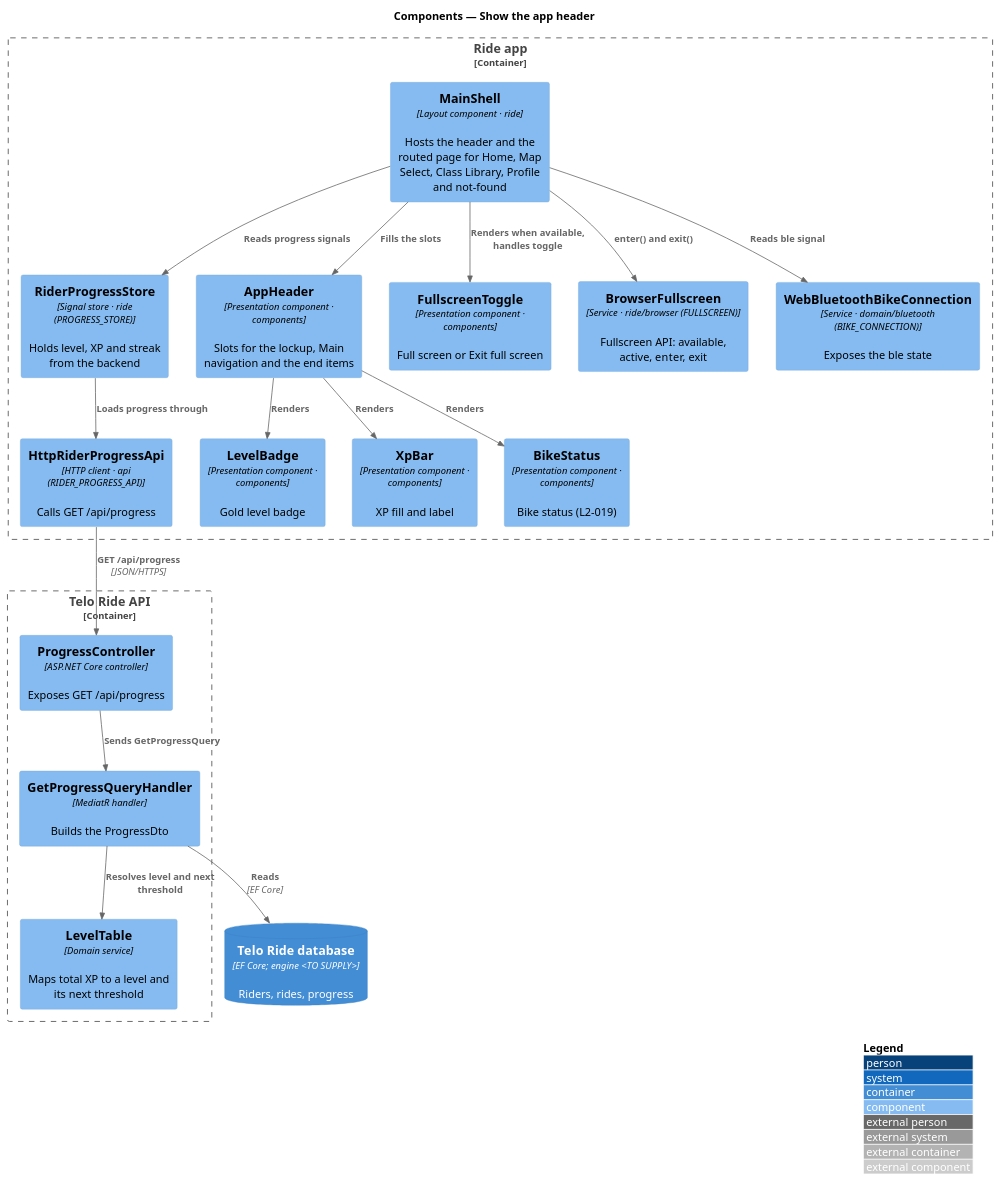
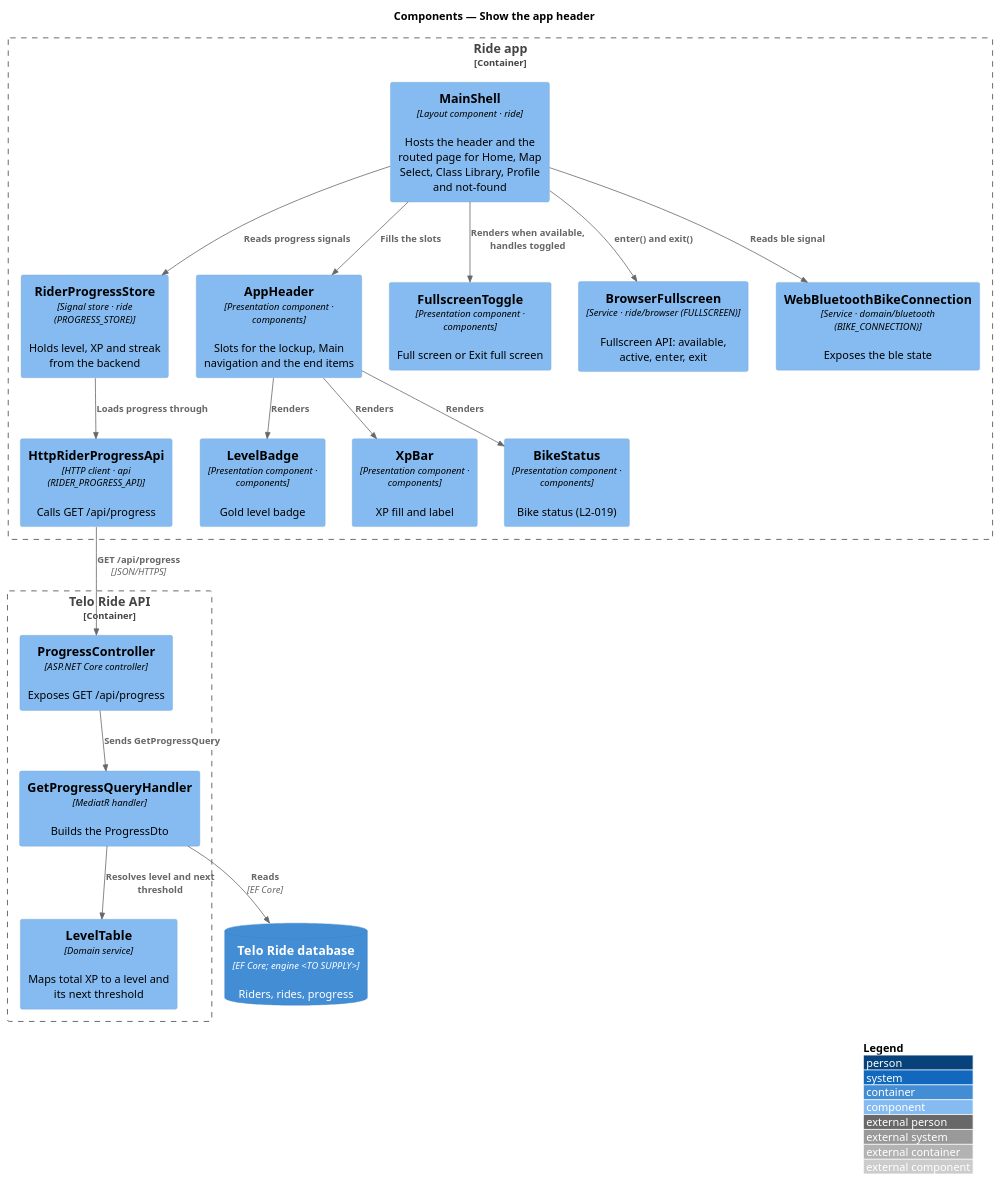
The diagram in docs/detailed-designs/home/show-the-app-header/diagrams/c4-component.puml (QuinntyneBrown/ride-one), drawn with PlantUML before and after one commit. The commit also changed 27 other files, not shown here.

```diff
--- a/docs/detailed-designs/home/show-the-app-header/diagrams/c4-component.puml
+++ b/docs/detailed-designs/home/show-the-app-header/diagrams/c4-component.puml
@@ -1,38 +1,38 @@
 @startuml
 !include <C4/C4_Component>
 LAYOUT_WITH_LEGEND()
 title Components — Show the app header
 
 Container_Boundary(app, "Ride app") {
   Component(shell, "MainShell", "Layout component · ride", "Hosts the header and the routed page for Home, Map Select, Class Library, Profile and not-found")
   Component(store, "RiderProgressStore", "Signal store · ride (PROGRESS_STORE)", "Holds level, XP and streak from the backend")
   Component(apphdr, "AppHeader", "Presentation component · components", "Slots for the lockup, Main navigation and the end items")
   Component(toggle, "FullscreenToggle", "Presentation component · components", "Full screen or Exit full screen")
   Component(fs, "BrowserFullscreen", "Service · ride/browser (FULLSCREEN)", "Fullscreen API: available, active, enter, exit")
   Component(badge, "LevelBadge", "Presentation component · components", "Gold level badge")
   Component(xpbar, "XpBar", "Presentation component · components", "XP fill and label")
   Component(bikestatus, "BikeStatus", "Presentation component · components", "Bike status (L2-019)")
   Component(conn, "WebBluetoothBikeConnection", "Service · domain/bluetooth (BIKE_CONNECTION)", "Exposes the ble state")
   Component(client, "HttpRiderProgressApi", "HTTP client · api (RIDER_PROGRESS_API)", "Calls GET /api/progress")
 }
 Container_Boundary(api, "Telo Ride API") {
   Component(ctrl, "ProgressController", "ASP.NET Core controller", "Exposes GET /api/progress")
   Component(handler, "GetProgressQueryHandler", "MediatR handler", "Builds the ProgressDto")
   Component(levels, "LevelTable", "Domain service", "Maps total XP to a level and its next threshold")
 }
 ContainerDb(db, "Telo Ride database", "EF Core; engine <TO SUPPLY>", "Riders, rides, progress")
 
 Rel(shell, store, "Reads progress signals")
 Rel(shell, conn, "Reads ble signal")
 Rel(shell, apphdr, "Fills the slots")
-Rel(shell, toggle, "Renders when available, handles toggle")
+Rel(shell, toggle, "Renders when available, handles toggled")
 Rel(shell, fs, "enter() and exit()")
 Rel(apphdr, badge, "Renders")
 Rel(apphdr, xpbar, "Renders")
 Rel(apphdr, bikestatus, "Renders")
 Rel(store, client, "Loads progress through")
 Rel(client, ctrl, "GET /api/progress", "JSON/HTTPS")
 Rel(ctrl, handler, "Sends GetProgressQuery")
 Rel(handler, levels, "Resolves level and next threshold")
 Rel(handler, db, "Reads", "EF Core")
 @enduml
```
